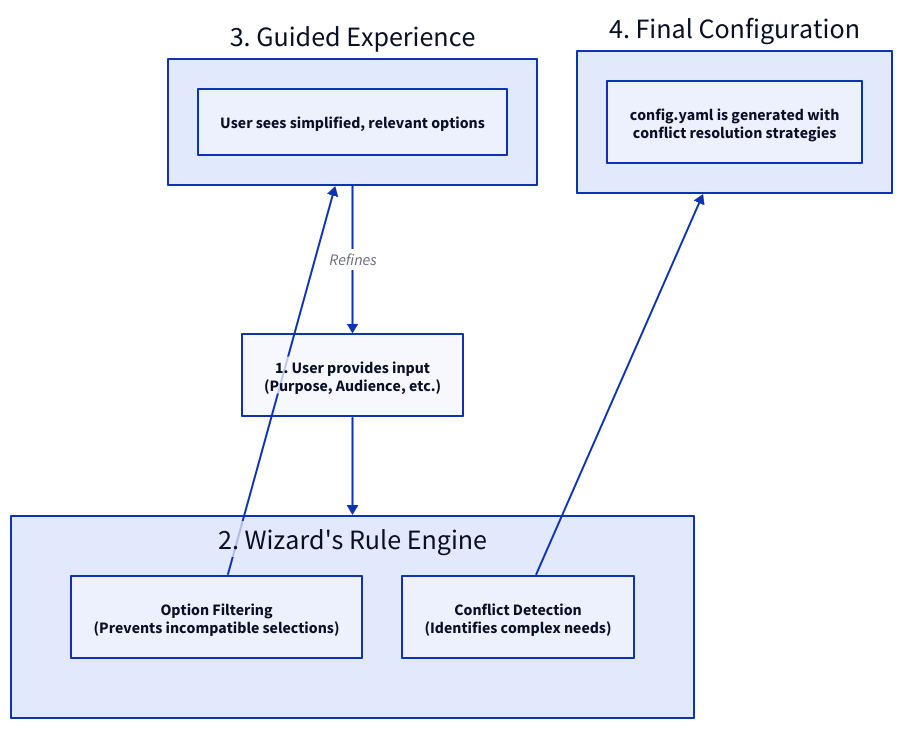
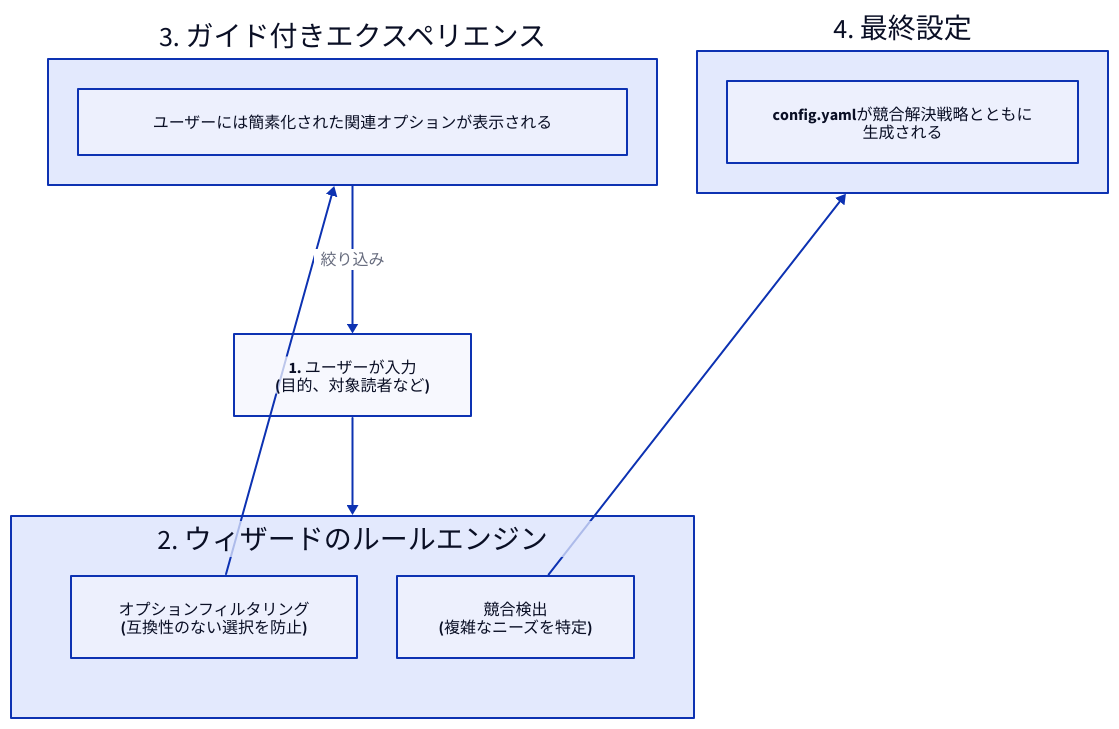
One commit to AIGNE-io/aigne-doc-smith changed the diagram in docs/configuration-interactive-setup.ja.md. Above: the diagram before and after it, drawn with D2. The commit also changed other lines of this file and 65 other files, not shown here.

````diff
--- a/docs/configuration-interactive-setup.ja.md
+++ b/docs/configuration-interactive-setup.ja.md
@@ -32,38 +32,38 @@
 ```d2
 direction: down
 
 User-Selections: {
-  label: "1. User provides input\n(Purpose, Audience, etc.)"
+  label: "1. ユーザーが入力\n(目的、対象読者など)"
   shape: rectangle
 }
 
 Wizard-Engine: {
-  label: "2. Wizard's Rule Engine"
+  label: "2. ウィザードのルールエンジン"
   shape: rectangle
   grid-columns: 2
 
   Filtering: {
-    label: "Option Filtering\n(Prevents incompatible selections)"
+    label: "オプションフィルタリング\n(互換性のない選択を防止)"
   }
 
   Conflict-Detection: {
-    label: "Conflict Detection\n(Identifies complex needs)"
+    label: "競合検出\n(複雑なニーズを特定)"
   }
 }
 
 Guided-Experience: {
-  label: "3. Guided Experience"
+  label: "3. ガイド付きエクスペリエンス"
   shape: rectangle
-  content: "User sees simplified, relevant options"
+  content: "ユーザーには簡素化された関連オプションが表示される"
 }
 
 Final-Config: {
-  label: "4. Final Configuration"
-  content: "config.yaml is generated with\nconflict resolution strategies"
+  label: "4. 最終設定"
+  content: "config.yamlが競合解決戦略とともに\n生成される"
 }
 
 User-Selections -> Wizard-Engine
 Wizard-Engine.Filtering -> Guided-Experience
 Wizard-Engine.Conflict-Detection -> Final-Config
-Guided-Experience -> User-Selections: "Refines"
+Guided-Experience -> User-Selections: "絞り込み"
 ```
````
